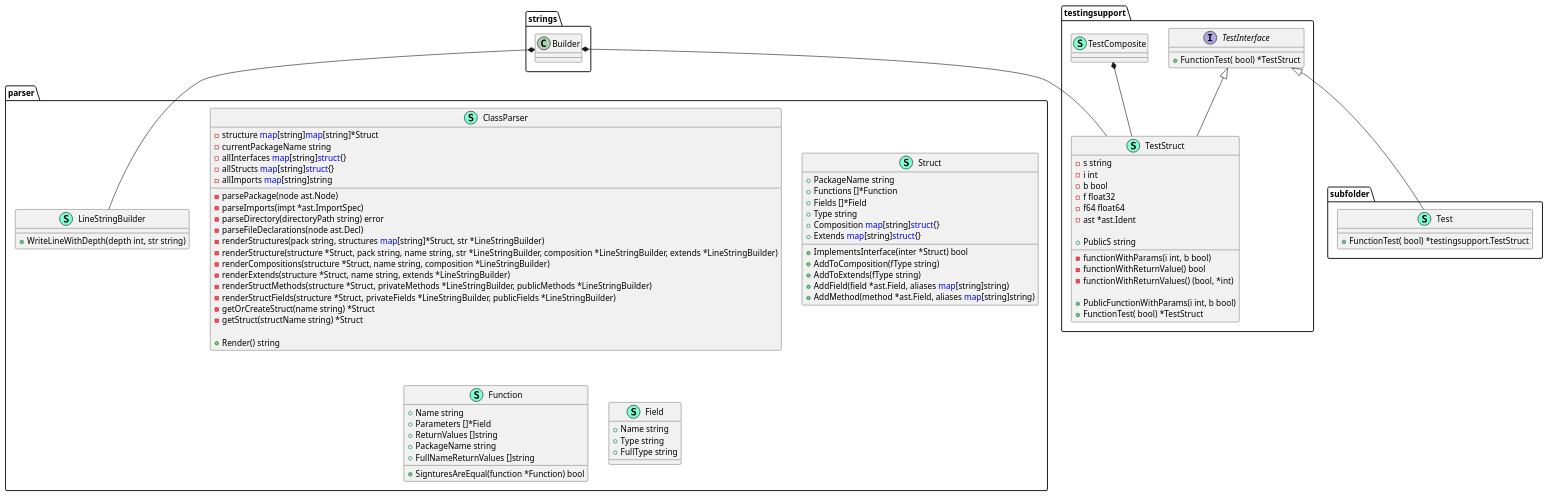
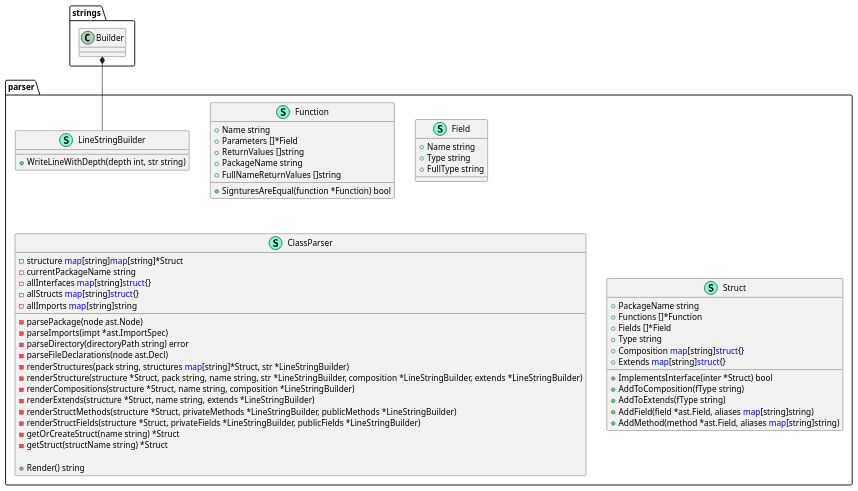
One commit to thgoexpt/PlantUML-Class-Diagram-Generator-for-golang-projects changed the diagram in ClassDiagram.puml. Above: the diagram before and after it, drawn with PlantUML.

Commit message:
Updated the class diagram

```diff
--- a/ClassDiagram.puml
+++ b/ClassDiagram.puml
@@ -1,105 +1,65 @@
 @startuml
 namespace parser {
+    class Function << (S,Aquamarine) >> {
+        + Name string
+        + Parameters []*Field
+        + ReturnValues []string
+        + PackageName string
+        + FullNameReturnValues []string
+
+        + SignturesAreEqual(function *Function) bool
+
+    }
+    class Field << (S,Aquamarine) >> {
+        + Name string
+        + Type string
+        + FullType string
+
+    }
     class LineStringBuilder << (S,Aquamarine) >> {
         + WriteLineWithDepth(depth int, str string) 
 
     }
     class ClassParser << (S,Aquamarine) >> {
         - structure <font color=blue>map</font>[string]<font color=blue>map</font>[string]*Struct
         - currentPackageName string
         - allInterfaces <font color=blue>map</font>[string]<font color=blue>struct</font>{}
         - allStructs <font color=blue>map</font>[string]<font color=blue>struct</font>{}
         - allImports <font color=blue>map</font>[string]string
 
         - parsePackage(node ast.Node) 
         - parseImports(impt *ast.ImportSpec) 
         - parseDirectory(directoryPath string) error
         - parseFileDeclarations(node ast.Decl) 
         - renderStructures(pack string, structures <font color=blue>map</font>[string]*Struct, str *LineStringBuilder) 
         - renderStructure(structure *Struct, pack string, name string, str *LineStringBuilder, composition *LineStringBuilder, extends *LineStringBuilder) 
         - renderCompositions(structure *Struct, name string, composition *LineStringBuilder) 
         - renderExtends(structure *Struct, name string, extends *LineStringBuilder) 
         - renderStructMethods(structure *Struct, privateMethods *LineStringBuilder, publicMethods *LineStringBuilder) 
         - renderStructFields(structure *Struct, privateFields *LineStringBuilder, publicFields *LineStringBuilder) 
         - getOrCreateStruct(name string) *Struct
         - getStruct(structName string) *Struct
 
         + Render() string
 
     }
     class Struct << (S,Aquamarine) >> {
         + PackageName string
         + Functions []*Function
         + Fields []*Field
         + Type string
         + Composition <font color=blue>map</font>[string]<font color=blue>struct</font>{}
         + Extends <font color=blue>map</font>[string]<font color=blue>struct</font>{}
 
         + ImplementsInterface(inter *Struct) bool
         + AddToComposition(fType string) 
         + AddToExtends(fType string) 
         + AddField(field *ast.Field, aliases <font color=blue>map</font>[string]string) 
         + AddMethod(method *ast.Field, aliases <font color=blue>map</font>[string]string) 
 
     }
-    class Function << (S,Aquamarine) >> {
-        + Name string
-        + Parameters []*Field
-        + ReturnValues []string
-        + PackageName string
-        + FullNameReturnValues []string
-
-        + SignturesAreEqual(function *Function) bool
-
-    }
-    class Field << (S,Aquamarine) >> {
-        + Name string
-        + Type string
-        + FullType string
-
-    }
 }
 strings.Builder *-- parser.LineStringBuilder
 
 
-namespace testingsupport {
-    interface TestInterface  {
-        + FunctionTest( bool) *TestStruct
-
-    }
-    class TestStruct << (S,Aquamarine) >> {
-        - s string
-        - i int
-        - b bool
-        - f float32
-        - f64 float64
-        - ast *ast.Ident
-
-        + PublicS string
-
-        - functionWithParams(i int, b bool) 
-        - functionWithReturnValue() bool
-        - functionWithReturnValues() (bool, *int)
-
-        + PublicFunctionWithParams(i int, b bool) 
-        + FunctionTest( bool) *TestStruct
-
-    }
-    class TestComposite << (S,Aquamarine) >> {
-    }
-}
-testingsupport.TestComposite *-- testingsupport.TestStruct
-strings.Builder *-- testingsupport.TestStruct
-
-testingsupport.TestInterface <|-- testingsupport.TestStruct
-
-namespace subfolder {
-    class Test << (S,Aquamarine) >> {
-        + FunctionTest( bool) *testingsupport.TestStruct
-
-    }
-}
-
-testingsupport.TestInterface <|-- subfolder.Test
-
 @enduml
```
